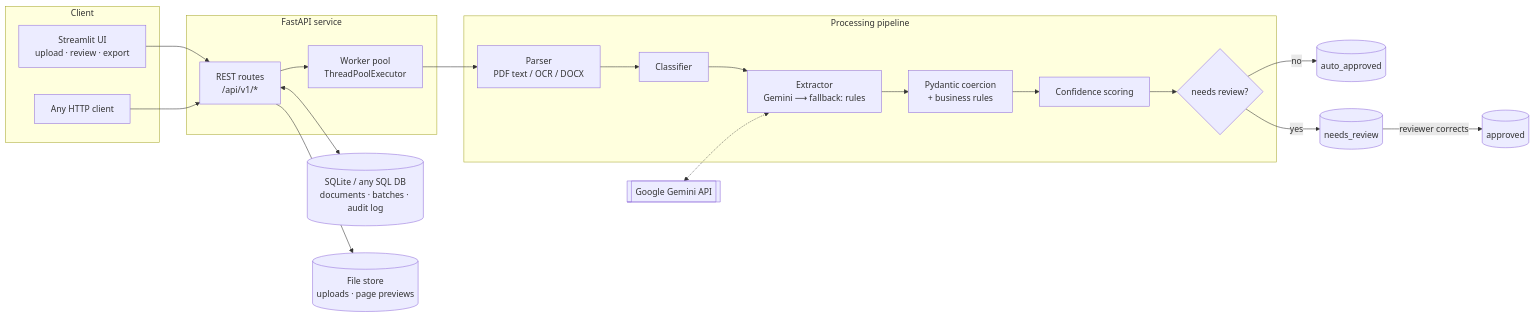
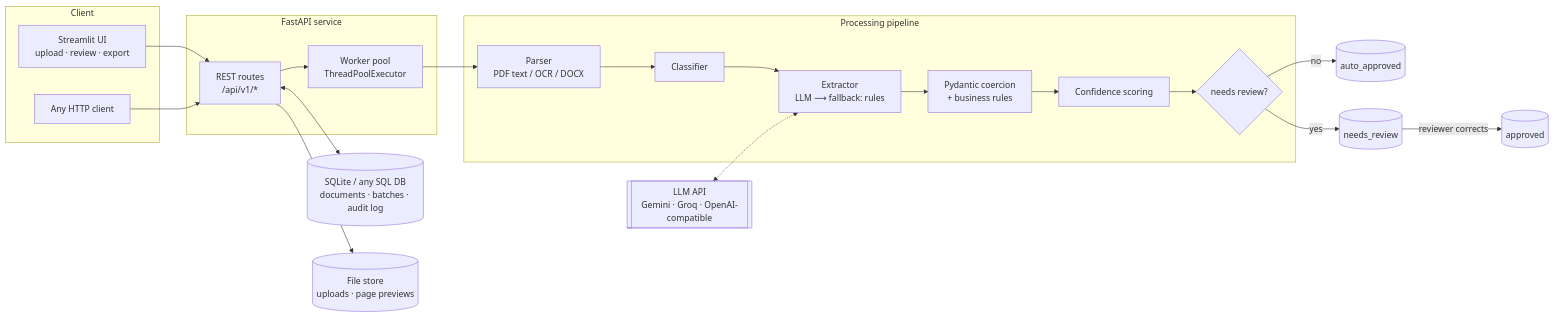
The first of 2 diagrams in README.md (MohamedAkramOkasha/Intelligent-Document-Processing-System), drawn with Mermaid before and after one commit. The commit also changed other lines of this file and 9 other files, not shown here.

First line of the commit message:
Harden uploads, API key check and reprocessing; update LLM docs

````diff
--- a/README.md
+++ b/README.md
@@ -68,30 +68,30 @@
 ```mermaid
 flowchart LR
     subgraph Client
         UI[Streamlit UI<br/>upload · review · export]
         EXT[Any HTTP client]
     end
 
     subgraph API[FastAPI service]
         R[REST routes<br/>/api/v1/*]
         W[Worker pool<br/>ThreadPoolExecutor]
     end
 
     subgraph Pipeline[Processing pipeline]
         P[Parser<br/>PDF text / OCR / DOCX] --> C[Classifier]
-        C --> X[Extractor<br/>Gemini ⟶ fallback: rules]
+        C --> X[Extractor<br/>LLM ⟶ fallback: rules]
         X --> V[Pydantic coercion<br/>+ business rules]
         V --> S[Confidence scoring]
         S --> D{needs review?}
     end
 
     UI --> R
     EXT --> R
     R --> W --> P
     D -- no --> A[(auto_approved)]
     D -- yes --> Q[(needs_review)]
     Q -- reviewer corrects --> AP[(approved)]
     R <--> DB[(SQLite / any SQL DB<br/>documents · batches · audit log)]
     R --> F[(File store<br/>uploads · page previews)]
-    G[[Google Gemini API]] <-.-> X
+    G[[LLM API<br/>Gemini · Groq · OpenAI-compatible]] <-.-> X
 ```
````
